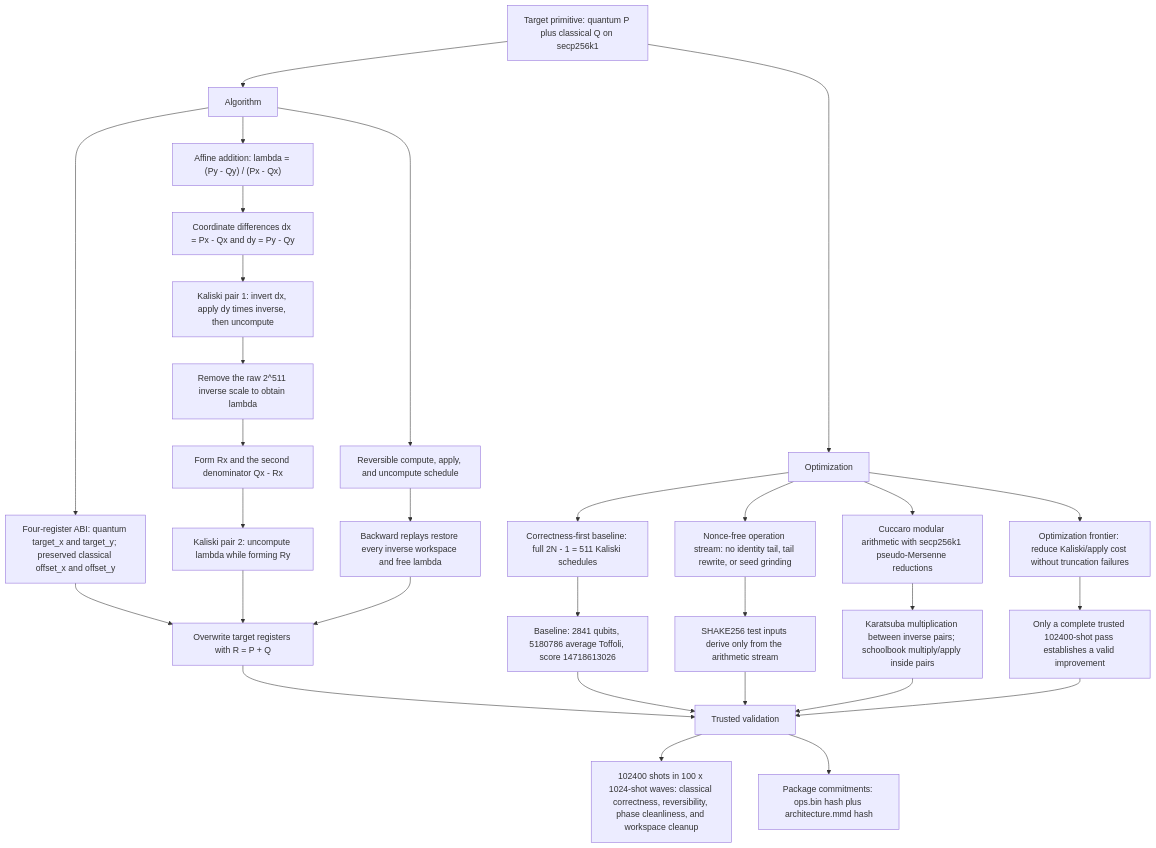
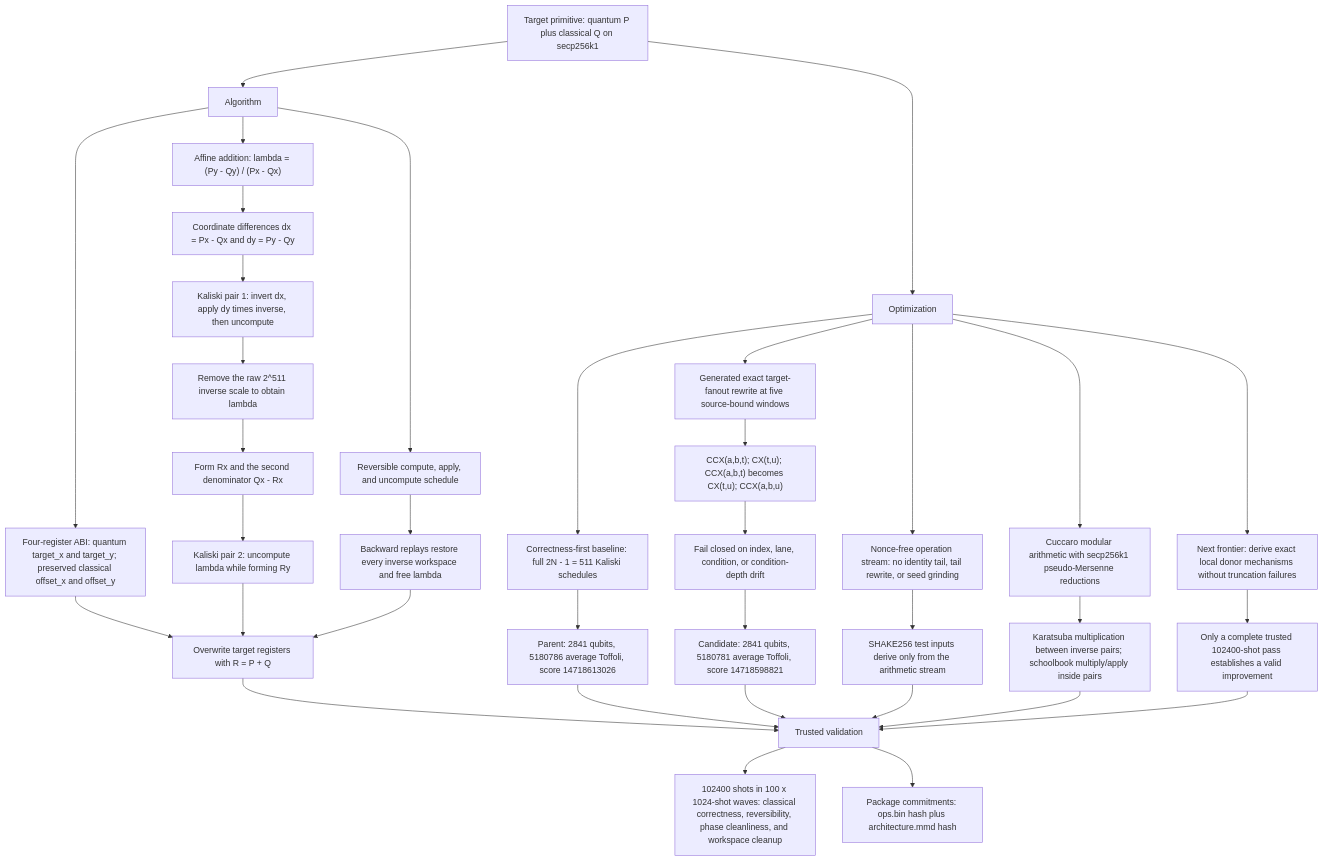
The diagram in src/point_add/architecture.mmd (ecdlp-contest/ecdlp-point-add), drawn with Mermaid before and after one commit. The commit also changed 5 other files, not shown here.

```diff
--- a/src/point_add/architecture.mmd
+++ b/src/point_add/architecture.mmd
@@ -1,39 +1,44 @@
 flowchart TD
   Target["Target primitive: quantum P plus classical Q on secp256k1"]
   Algorithm["Algorithm"]
   Optimization["Optimization"]
 
   Target --> Algorithm
   Target --> Optimization
 
   Algorithm --> Contract["Four-register ABI: quantum target_x and target_y; preserved classical offset_x and offset_y"]
   Algorithm --> Affine["Affine addition: lambda = (Py - Qy) / (Px - Qx)"]
   Algorithm --> Reversible["Reversible compute, apply, and uncompute schedule"]
 
   Contract --> Result["Overwrite target registers with R = P + Q"]
   Affine --> Differences["Coordinate differences dx = Px - Qx and dy = Py - Qy"]
   Differences --> Pair1["Kaliski pair 1: invert dx, apply dy times inverse, then uncompute"]
   Pair1 --> Lambda["Remove the raw 2^511 inverse scale to obtain lambda"]
   Lambda --> XCoordinate["Form Rx and the second denominator Qx - Rx"]
   XCoordinate --> Pair2["Kaliski pair 2: uncompute lambda while forming Ry"]
   Pair2 --> Result
   Reversible --> Cleanup["Backward replays restore every inverse workspace and free lambda"]
   Cleanup --> Result
 
   Optimization --> Baseline["Correctness-first baseline: full 2N - 1 = 511 Kaliski schedules"]
   Optimization --> NonceFree["Nonce-free operation stream: no identity tail, tail rewrite, or seed grinding"]
   Optimization --> Arithmetic["Cuccaro modular arithmetic with secp256k1 pseudo-Mersenne reductions"]
-  Optimization --> Frontier["Optimization frontier: reduce Kaliski/apply cost without truncation failures"]
+  Optimization --> Fanout["Generated exact target-fanout rewrite at five source-bound windows"]
+  Optimization --> Frontier["Next frontier: derive exact local donor mechanisms without truncation failures"]
 
-  Baseline --> Metrics["Baseline: 2841 qubits, 5180786 average Toffoli, score 14718613026"]
+  Baseline --> ParentMetrics["Parent: 2841 qubits, 5180786 average Toffoli, score 14718613026"]
   NonceFree --> FiatShamir["SHAKE256 test inputs derive only from the arithmetic stream"]
   Arithmetic --> Karatsuba["Karatsuba multiplication between inverse pairs; schoolbook multiply/apply inside pairs"]
+  Fanout --> Identity["CCX(a,b,t); CX(t,u); CCX(a,b,t) becomes CX(t,u); CCX(a,b,u)"]
+  Identity --> Guard["Fail closed on index, lane, condition, or condition-depth drift"]
+  Guard --> Metrics["Candidate: 2841 qubits, 5180781 average Toffoli, score 14718598821"]
   Frontier --> Evidence["Only a complete trusted 102400-shot pass establishes a valid improvement"]
 
   Result --> Validation["Trusted validation"]
+  ParentMetrics --> Validation
   Metrics --> Validation
   FiatShamir --> Validation
   Karatsuba --> Validation
   Evidence --> Validation
   Validation --> Checks["102400 shots in 100 x 1024-shot waves: classical correctness, reversibility, phase cleanliness, and workspace cleanup"]
   Validation --> Commitments["Package commitments: ops.bin hash plus architecture.mmd hash"]
```
